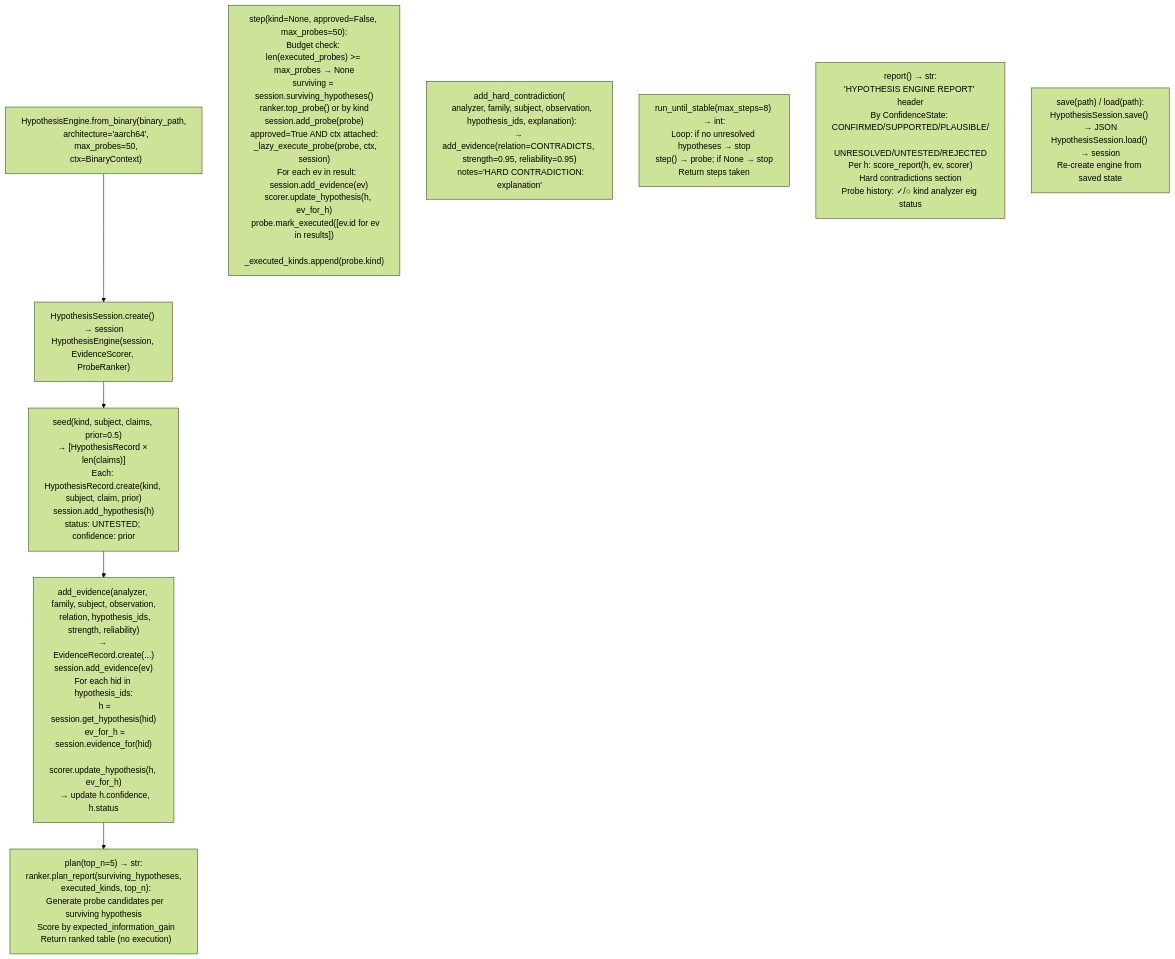
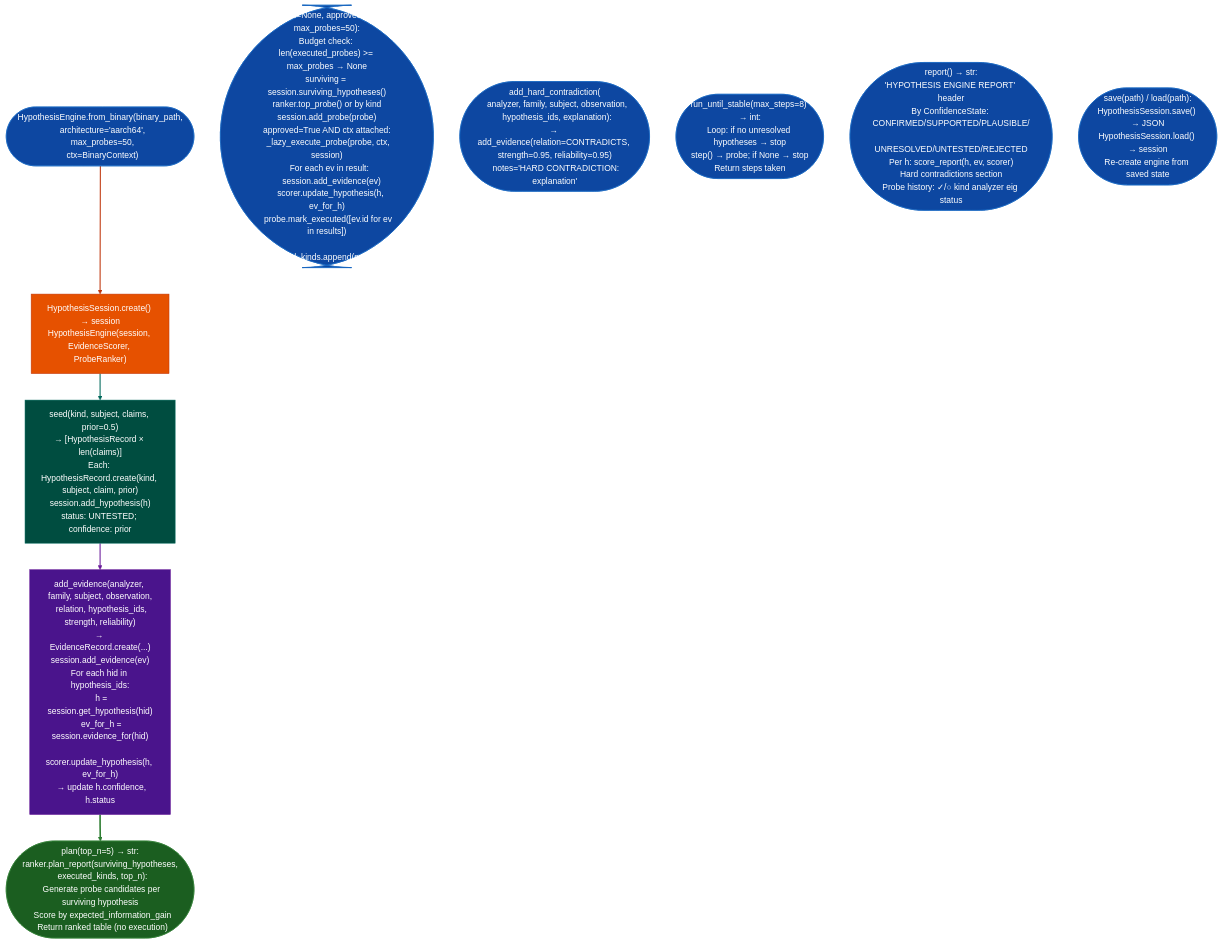
Before and after one commit to Ablation-Tool/ablation: the diagram in docs/reference-modules/hypothesis-engine-2.md, drawn with Mermaid (forest theme). The commit also changed 320 other files, not shown here.

First line of the commit message:
docs: apply canonical Mermaid template to all 321 diagrams

````diff
--- a/docs/reference-modules/hypothesis-engine-2.md
+++ b/docs/reference-modules/hypothesis-engine-2.md
@@ -19,12 +19,22 @@
 ```mermaid
 flowchart TD
-    A["HypothesisEngine.from_binary(binary_path,\n  architecture='aarch64',\n  max_probes=50,\n  ctx=BinaryContext)"] --> B["HypothesisSession.create() → session\nHypothesisEngine(session, EvidenceScorer, ProbeRanker)"]
-    B --> C["seed(kind, subject, claims, prior=0.5)\n→ [HypothesisRecord × len(claims)]\nEach: HypothesisRecord.create(kind, subject, claim, prior)\nsession.add_hypothesis(h)\nstatus: UNTESTED; confidence: prior"]
-    C --> D["add_evidence(analyzer, family, subject, observation,\n  relation, hypothesis_ids, strength, reliability)\n→ EvidenceRecord.create(...)\nsession.add_evidence(ev)\nFor each hid in hypothesis_ids:\n  h = session.get_hypothesis(hid)\n  ev_for_h = session.evidence_for(hid)\n  scorer.update_hypothesis(h, ev_for_h)\n  → update h.confidence, h.status"]
-    D --> E["plan(top_n=5) → str:\nranker.plan_report(surviving_hypotheses,\n  executed_kinds, top_n):\n  Generate probe candidates per surviving hypothesis\n  Score by expected_information_gain\n  Return ranked table (no execution)"]
-    F["step(kind=None, approved=False, max_probes=50):\nBudget check: len(executed_probes) >= max_probes → None\nsurviving = session.surviving_hypotheses()\nranker.top_probe() or by kind\nsession.add_probe(probe)\napproved=True AND ctx attached:\n  _lazy_execute_probe(probe, ctx, session)\n  For each ev in result:\n    session.add_evidence(ev)\n    scorer.update_hypothesis(h, ev_for_h)\n  probe.mark_executed([ev.id for ev in results])\n  _executed_kinds.append(probe.kind)"]
-    G["add_hard_contradiction(\n  analyzer, family, subject, observation,\n  hypothesis_ids, explanation):\n→ add_evidence(relation=CONTRADICTS, strength=0.95, reliability=0.95)\n  notes='HARD CONTRADICTION: explanation'"]
-    H["run_until_stable(max_steps=8) → int:\nLoop: if no unresolved hypotheses → stop\nstep() → probe; if None → stop\nReturn steps taken"]
-    I["report() → str:\n'HYPOTHESIS ENGINE REPORT' header\nBy ConfidenceState: CONFIRMED/SUPPORTED/PLAUSIBLE/\n  UNRESOLVED/UNTESTED/REJECTED\nPer h: score_report(h, ev, scorer)\nHard contradictions section\nProbe history: ✓/○ kind analyzer eig status"]
-    J["save(path) / load(path):\nHypothesisSession.save() → JSON\nHypothesisSession.load() → session\nRe-create engine from saved state"]
+    A(["HypothesisEngine.from_binary(binary_path,\n  architecture='aarch64',\n  max_probes=50,\n  ctx=BinaryContext)"]):::input --> B["HypothesisSession.create() → session\nHypothesisEngine(session, EvidenceScorer, ProbeRanker)"]:::primary
+    B:::primary --> C["seed(kind, subject, claims, prior=0.5)\n→ [HypothesisRecord × len(claims)]\nEach: HypothesisRecord.create(kind, subject, claim, prior)\nsession.add_hypothesis(h)\nstatus: UNTESTED; confidence: prior"]:::secondary
+    C:::secondary --> D["add_evidence(analyzer, family, subject, observation,\n  relation, hypothesis_ids, strength, reliability)\n→ EvidenceRecord.create(...)\nsession.add_evidence(ev)\nFor each hid in hypothesis_ids:\n  h = session.get_hypothesis(hid)\n  ev_for_h = session.evidence_for(hid)\n  scorer.update_hypothesis(h, ev_for_h)\n  → update h.confidence, h.status"]:::tertiary
+    D:::tertiary --> E(["plan(top_n=5) → str:\nranker.plan_report(surviving_hypotheses,\n  executed_kinds, top_n):\n  Generate probe candidates per surviving hypothesis\n  Score by expected_information_gain\n  Return ranked table (no execution)"]):::output
+    F(["step(kind=None, approved=False, max_probes=50):\nBudget check: len(executed_probes) >= max_probes → None\nsurviving = session.surviving_hypotheses()\nranker.top_probe() or by kind\nsession.add_probe(probe)\napproved=True AND ctx attached:\n  _lazy_execute_probe(probe, ctx, session)\n  For each ev in result:\n    session.add_evidence(ev)\n    scorer.update_hypothesis(h, ev_for_h)\n  probe.mark_executed([ev.id for ev in results])\n  _executed_kinds.append(probe.kind)"]):::input
+    G(["add_hard_contradiction(\n  analyzer, family, subject, observation,\n  hypothesis_ids, explanation):\n→ add_evidence(relation=CONTRADICTS, strength=0.95, reliability=0.95)\n  notes='HARD CONTRADICTION: explanation'"]):::input
+    H(["run_until_stable(max_steps=8) → int:\nLoop: if no unresolved hypotheses → stop\nstep() → probe; if None → stop\nReturn steps taken"]):::input
+    I(["report() → str:\n'HYPOTHESIS ENGINE REPORT' header\nBy ConfidenceState: CONFIRMED/SUPPORTED/PLAUSIBLE/\n  UNRESOLVED/UNTESTED/REJECTED\nPer h: score_report(h, ev, scorer)\nHard contradictions section\nProbe history: ✓/○ kind analyzer eig status"]):::input
+    J(["save(path) / load(path):\nHypothesisSession.save() → JSON\nHypothesisSession.load() → session\nRe-create engine from saved state"]):::input
+    classDef input     fill:#0d47a1,stroke:#1565c0,color:#fff
+    classDef primary   fill:#e65100,stroke:#bf360c,color:#fff
+    classDef secondary fill:#004d40,stroke:#00695c,color:#fff
+    classDef tertiary  fill:#4a148c,stroke:#6a1b9a,color:#fff
+    classDef neutral   fill:#37474f,stroke:#546e7a,color:#fff
+    classDef output    fill:#1b5e20,stroke:#2e7d32,color:#fff
+    linkStyle 0 stroke:#bf360c,stroke-width:2px
+    linkStyle 1 stroke:#00695c,stroke-width:2px
+    linkStyle 2 stroke:#6a1b9a,stroke-width:2px
+    linkStyle 3 stroke:#2e7d32,stroke-width:3px
 ```
````
